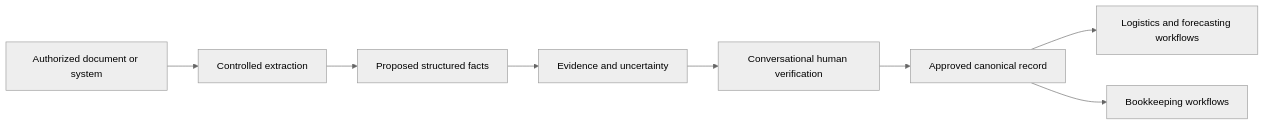
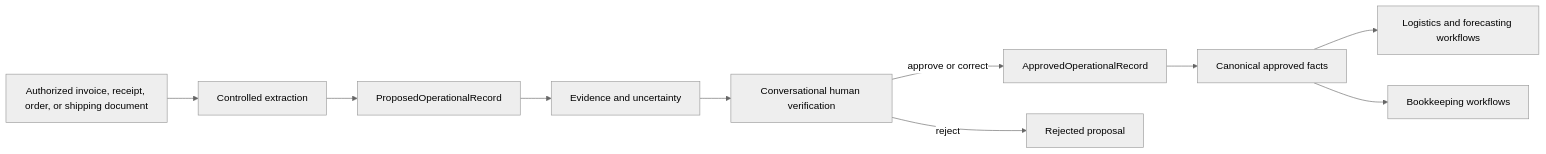
One commit to perry-is/operations-forecasting-system changed the third of 3 diagrams in docs/project-history.md. Above: the diagram before and after it, drawn with Mermaid (neutral theme). The commit also changed other lines of this file and 23 other files, not shown here.

Commit message:
Add two-workbook logistics forecasting workflow

````diff
--- a/docs/project-history.md
+++ b/docs/project-history.md
@@ -41,10 +53,12 @@
 ```mermaid
 flowchart LR
-    S[Authorized document or system] --> E[Controlled extraction]
-    E --> P[Proposed structured facts]
-    P --> U[Evidence and uncertainty]
-    U --> V[Conversational human verification]
-    V --> A[Approved canonical record]
-    A --> L[Logistics and forecasting workflows]
-    A --> B[Bookkeeping workflows]
+    S[Authorized invoice, receipt, order, or shipping document] --> E[Controlled extraction]
+    E --> P[ProposedOperationalRecord]
+    P --> X[Evidence and uncertainty]
+    X --> H[Conversational human verification]
+    H -->|approve or correct| A[ApprovedOperationalRecord]
+    H -->|reject| R[Rejected proposal]
+    A --> C[Canonical approved facts]
+    C --> L[Logistics and forecasting workflows]
+    C --> B[Bookkeeping workflows]
 ```
````
